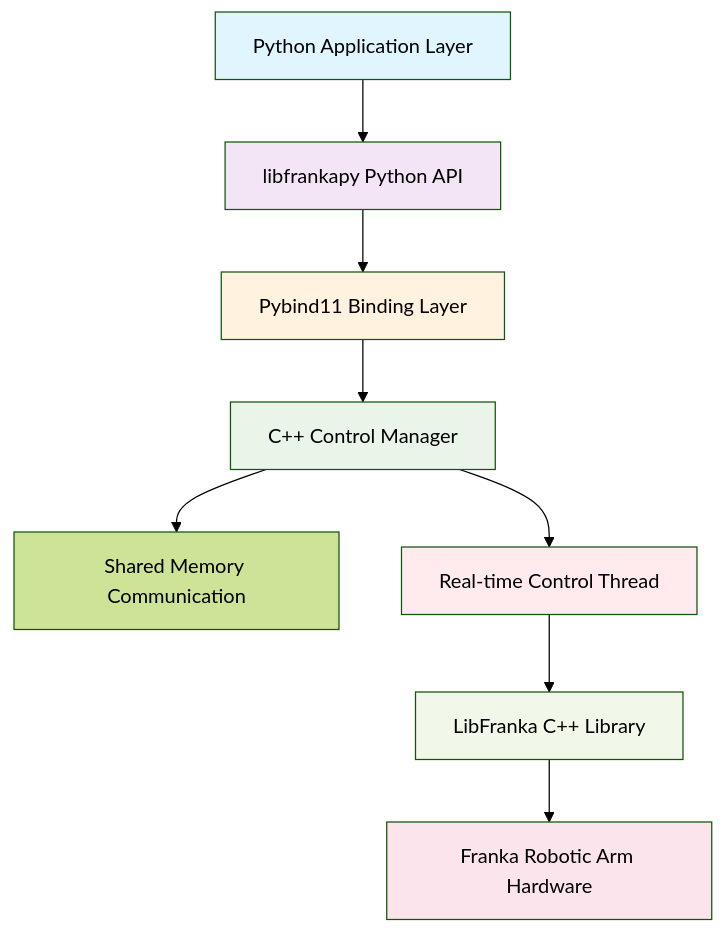
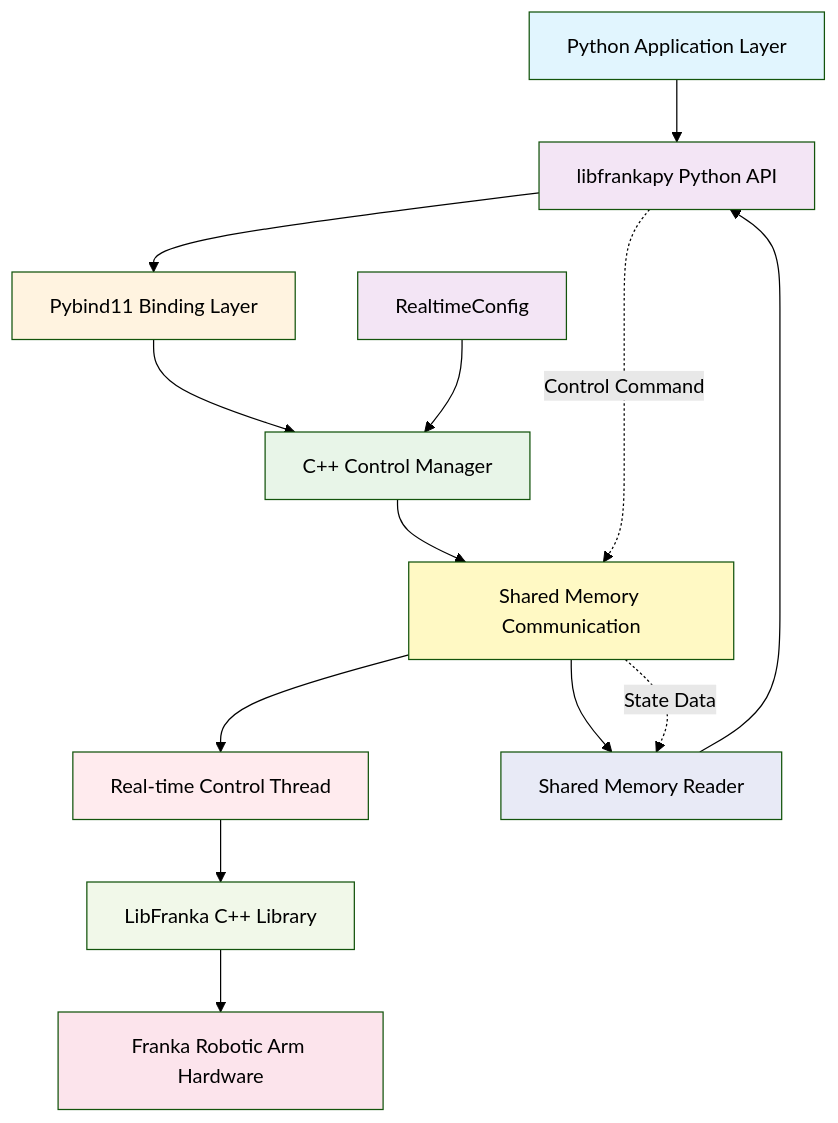
One commit to han-xudong/libfrankapy changed the diagram in README.md. Above: the diagram before and after it, drawn with Mermaid (forest theme). The commit also changed other lines of this file and 2 other files, not shown here.

Commit message:
modified:   .github/workflows/ci.yml 	modified:   .pre-commit-config.yaml 	modified:   README.md

````diff
--- a/README.md
+++ b/README.md
@@ -29,18 +104,26 @@
 ```mermaid
 graph TD
     A[Python Application Layer] --> B[libfrankapy Python API]
     B --> C[Pybind11 Binding Layer]
     C --> D[C++ Control Manager]
     D --> E[Shared Memory Communication]
-    D --> F[Real-time Control Thread]
+    E --> F[Real-time Control Thread]
     F --> G[LibFranka C++ Library]
     G --> H[Franka Robotic Arm Hardware]
-
+    E --> I[Shared Memory Reader]
+    I --> B
+    J[RealtimeConfig] --> D
+    B -."Control Command".-> E
+    E -."State Data".-> I
+    
     style A fill:#e1f5fe
     style B fill:#f3e5f5
     style C fill:#fff3e0
     style D fill:#e8f5e8
+    style E fill:#fff9c4
     style F fill:#ffebee
     style G fill:#f1f8e9
     style H fill:#fce4ec
+    style I fill:#e8eaf6
+    style J fill:#f3e5f5
 ```
````
